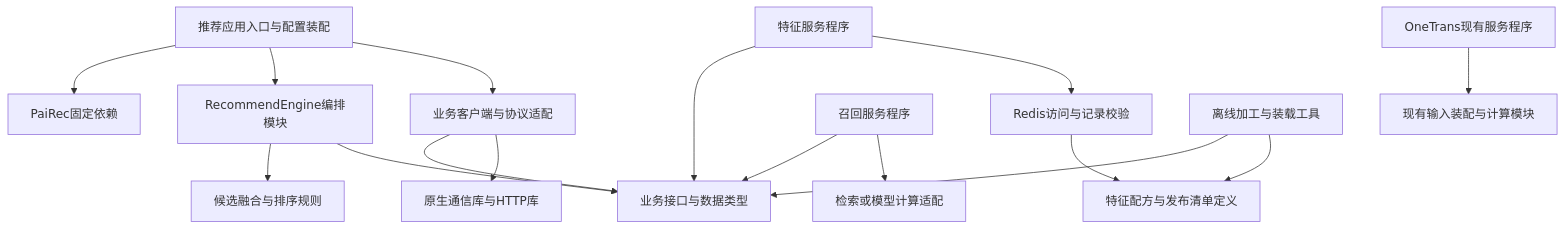
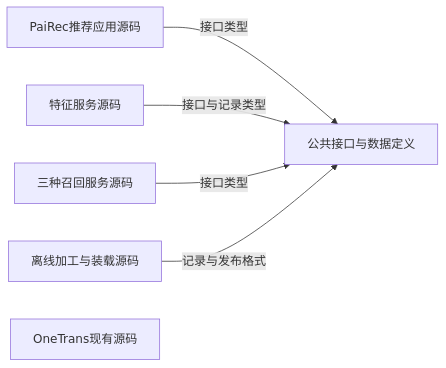
Before and after one commit to bitianyuan123/docs: the diagram in diagrams/01_system_03.mmd, drawn with Mermaid. The commit also changed 84 other files, not shown here.

```diff
--- a/diagrams/01_system_03.mmd
+++ b/diagrams/01_system_03.mmd
@@ -1,16 +1,6 @@
-flowchart TB
-    A[推荐应用入口与配置装配] --> P[PaiRec固定依赖]
-    A --> E[RecommendEngine编排模块]
-    A --> C[业务客户端与协议适配]
-    E --> R[候选融合与排序规则]
-    E --> I[业务接口与数据类型]
-    C --> I
-    C --> N[原生通信库与HTTP库]
-    F[特征服务程序] --> I
-    F --> D[Redis访问与记录校验]
-    S[召回服务程序] --> I
-    S --> M[检索或模型计算适配]
-    O[OneTrans现有服务程序] --> W[现有输入装配与计算模块]
-    L[离线加工与装载工具] --> I
-    L --> B[特征配方与发布清单定义]
-    D --> B
+flowchart LR
+    P[PaiRec推荐应用源码] -->|接口类型| C[公共接口与数据定义]
+    F[特征服务源码] -->|接口与记录类型| C
+    R[三种召回服务源码] -->|接口类型| C
+    L[离线加工与装载源码] -->|记录与发布格式| C
+    O[OneTrans现有源码]
```
